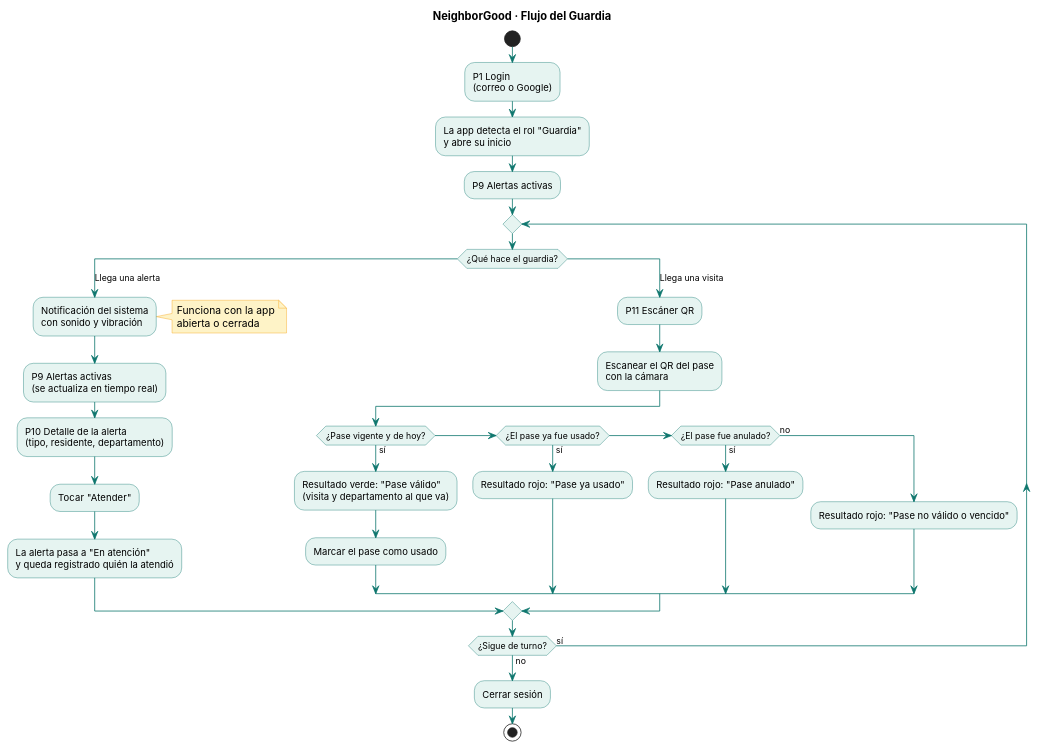
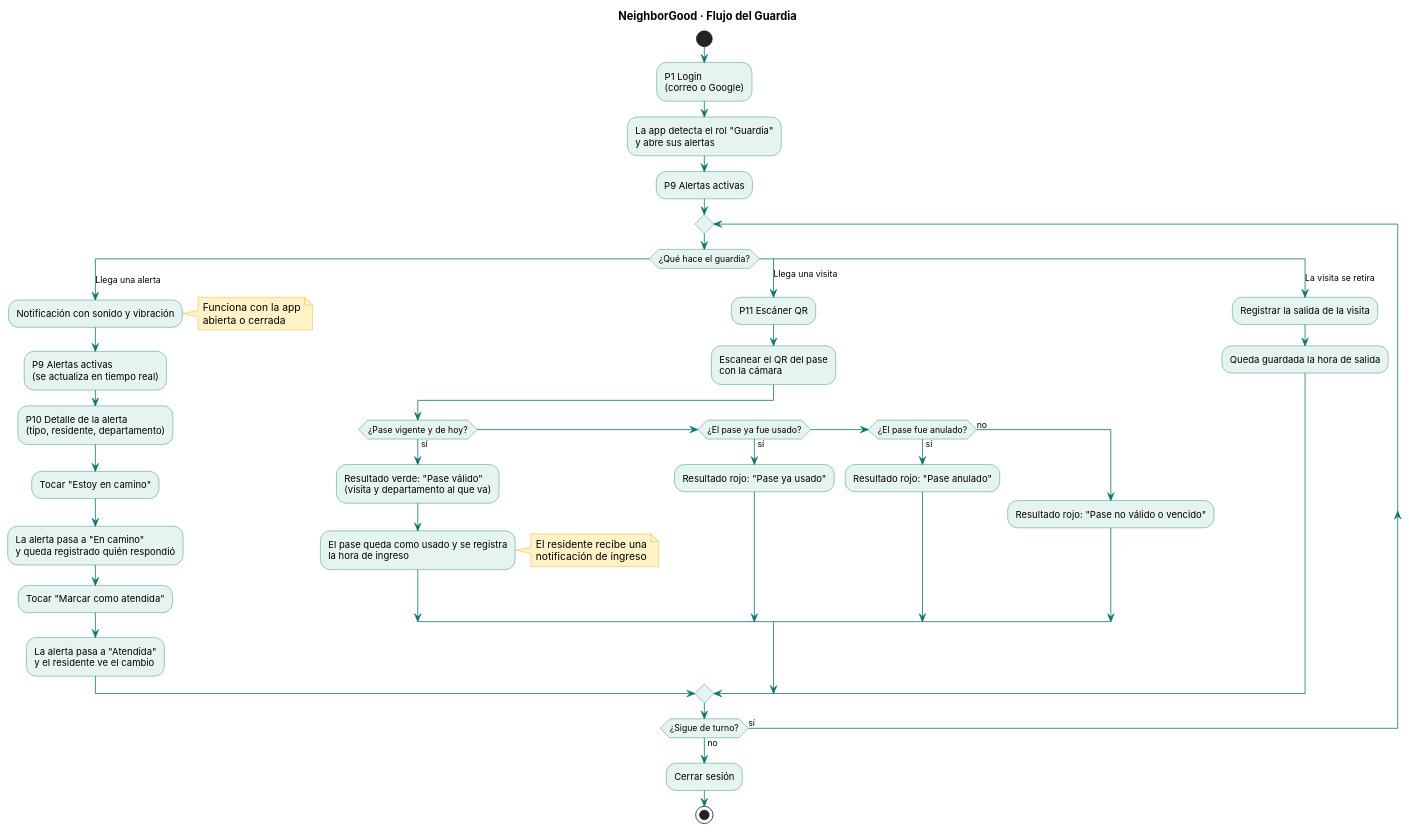
The diagram in docs/Flujos/flujo-del-guardia.puml (liusamfung/neighborgood-project), drawn with PlantUML before and after one commit. The commit also changed 2 other files, not shown here.

```diff
--- a/docs/Flujos/flujo-del-guardia.puml
+++ b/docs/Flujos/flujo-del-guardia.puml
@@ -1,43 +1,49 @@
 @startuml
 title NeighborGood · Flujo del Guardia
 skinparam shadowing false
 skinparam defaultFontName Inter
 skinparam ActivityBackgroundColor #E6F4F1
 skinparam ActivityBorderColor #0F766E
 skinparam ArrowColor #0F766E
 skinparam NoteBackgroundColor #FEF3C7
 skinparam NoteBorderColor #F59E0B
 
 start
 :P1 Login\n(correo o Google);
-:La app detecta el rol "Guardia"\ny abre su inicio;
+:La app detecta el rol "Guardia"\ny abre sus alertas;
 :P9 Alertas activas;
 
 repeat
   switch (¿Qué hace el guardia?)
   case (Llega una alerta)
-    :Notificación del sistema\ncon sonido y vibración;
+    :Notificación con sonido y vibración;
     note right: Funciona con la app\nabierta o cerrada
     :P9 Alertas activas\n(se actualiza en tiempo real);
     :P10 Detalle de la alerta\n(tipo, residente, departamento);
-    :Tocar "Atender";
-    :La alerta pasa a "En atención"\ny queda registrado quién la atendió;
+    :Tocar "Estoy en camino";
+    :La alerta pasa a "En camino"\ny queda registrado quién respondió;
+    :Tocar "Marcar como atendida";
+    :La alerta pasa a "Atendida"\ny el residente ve el cambio;
   case (Llega una visita)
     :P11 Escáner QR;
     :Escanear el QR del pase\ncon la cámara;
     if (¿Pase vigente y de hoy?) then (sí)
       :Resultado verde: "Pase válido"\n(visita y departamento al que va);
-      :Marcar el pase como usado;
+      :El pase queda como usado y se registra\nla hora de ingreso;
+      note right: El residente recibe una\nnotificación de ingreso
     elseif (¿El pase ya fue usado?) then (sí)
       :Resultado rojo: "Pase ya usado";
     elseif (¿El pase fue anulado?) then (sí)
       :Resultado rojo: "Pase anulado";
     else (no)
       :Resultado rojo: "Pase no válido o vencido";
     endif
+  case (La visita se retira)
+    :Registrar la salida de la visita;
+    :Queda guardada la hora de salida;
   endswitch
 repeat while (¿Sigue de turno?) is (sí) not (no)
 
 :Cerrar sesión;
 stop
 @enduml
```
